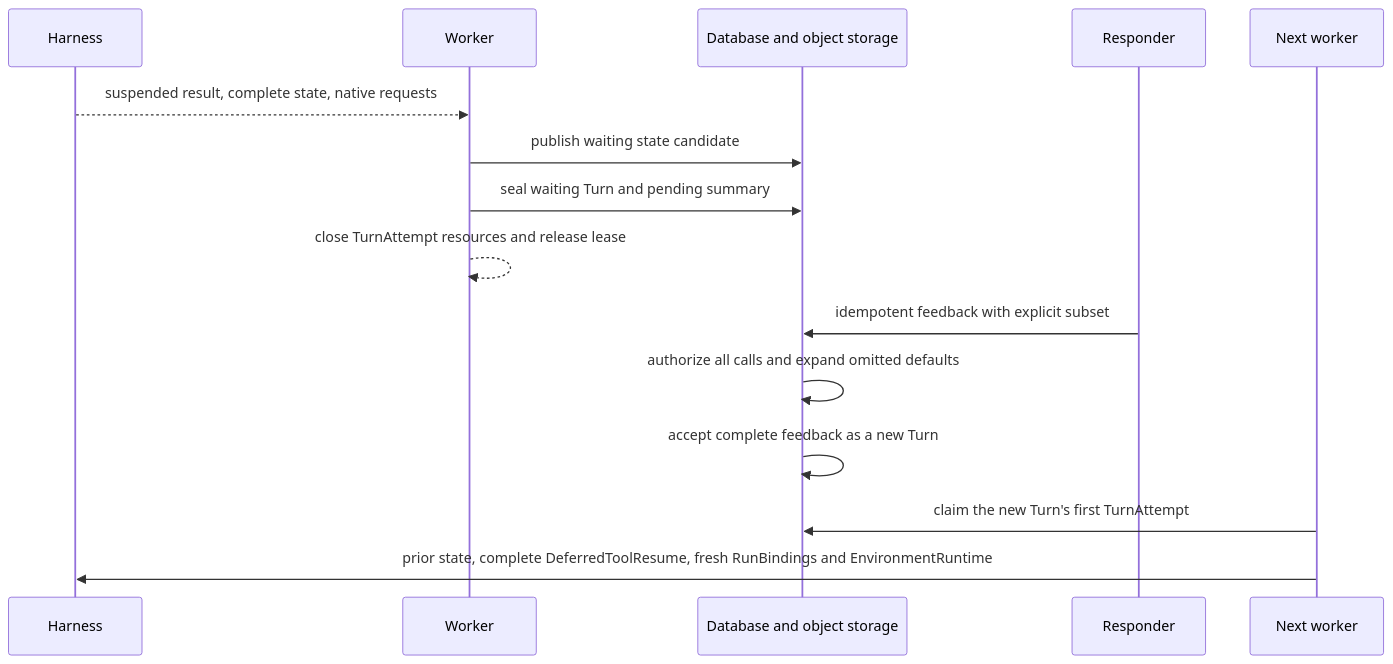
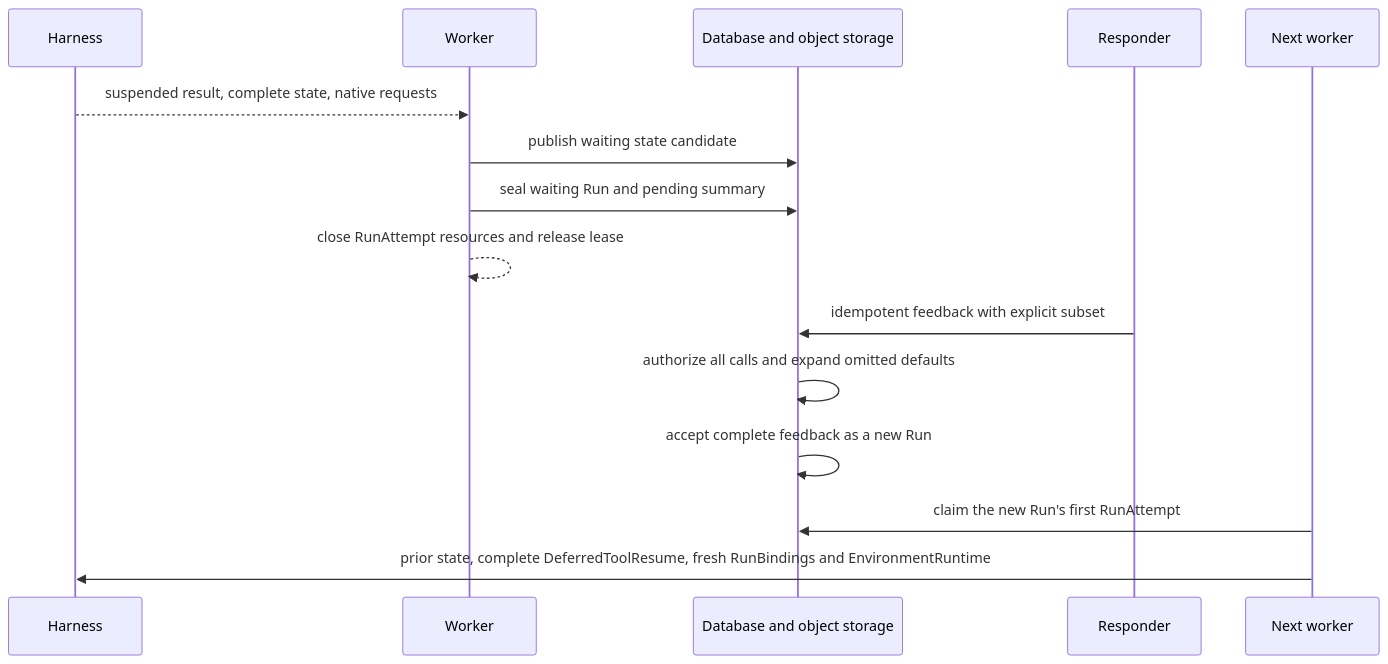
One commit to LTThreeComma/agent-foundation changed the second of 2 diagrams in spec/foundation-service/34-agent-control-input-and-continuation.md. Above: the diagram before and after it, drawn with Mermaid. The commit also changed other lines of this file and 50 other files, not shown here.

````diff
--- a/spec/foundation-service/34-agent-control-input-and-continuation.md
+++ b/spec/foundation-service/34-agent-control-input-and-continuation.md
@@ -283,18 +283,18 @@
 ```mermaid
 sequenceDiagram
     participant Harness
     participant Worker
     participant Durable as Database and object storage
     participant Responder
     participant NextWorker as Next worker
 
     Harness-->>Worker: suspended result, complete state, native requests
     Worker->>Durable: publish waiting state candidate
-    Worker->>Durable: seal waiting Turn and pending summary
-    Worker-->>Worker: close TurnAttempt resources and release lease
+    Worker->>Durable: seal waiting Run and pending summary
+    Worker-->>Worker: close RunAttempt resources and release lease
     Responder->>Durable: idempotent feedback with explicit subset
     Durable->>Durable: authorize all calls and expand omitted defaults
-    Durable->>Durable: accept complete feedback as a new Turn
-    NextWorker->>Durable: claim the new Turn's first TurnAttempt
+    Durable->>Durable: accept complete feedback as a new Run
+    NextWorker->>Durable: claim the new Run's first RunAttempt
     NextWorker->>Harness: prior state, complete DeferredToolResume, fresh RunBindings and EnvironmentRuntime
 ```
````
